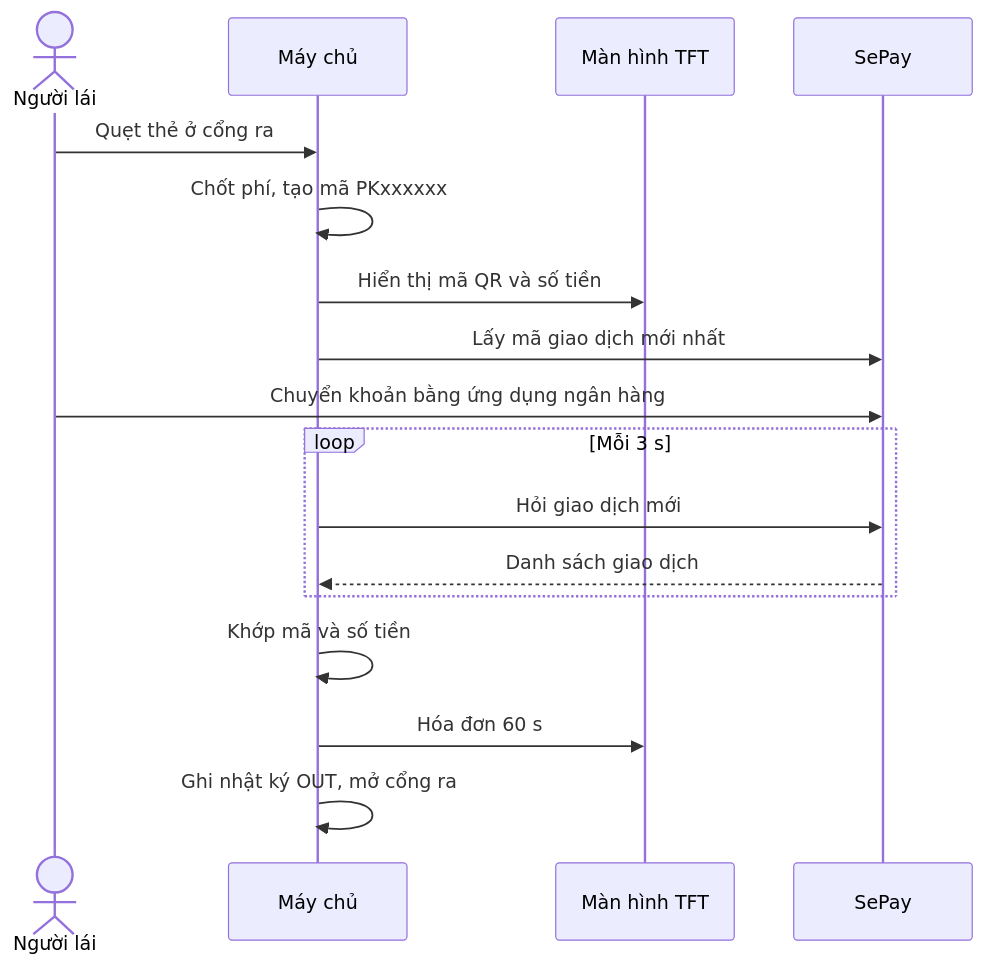
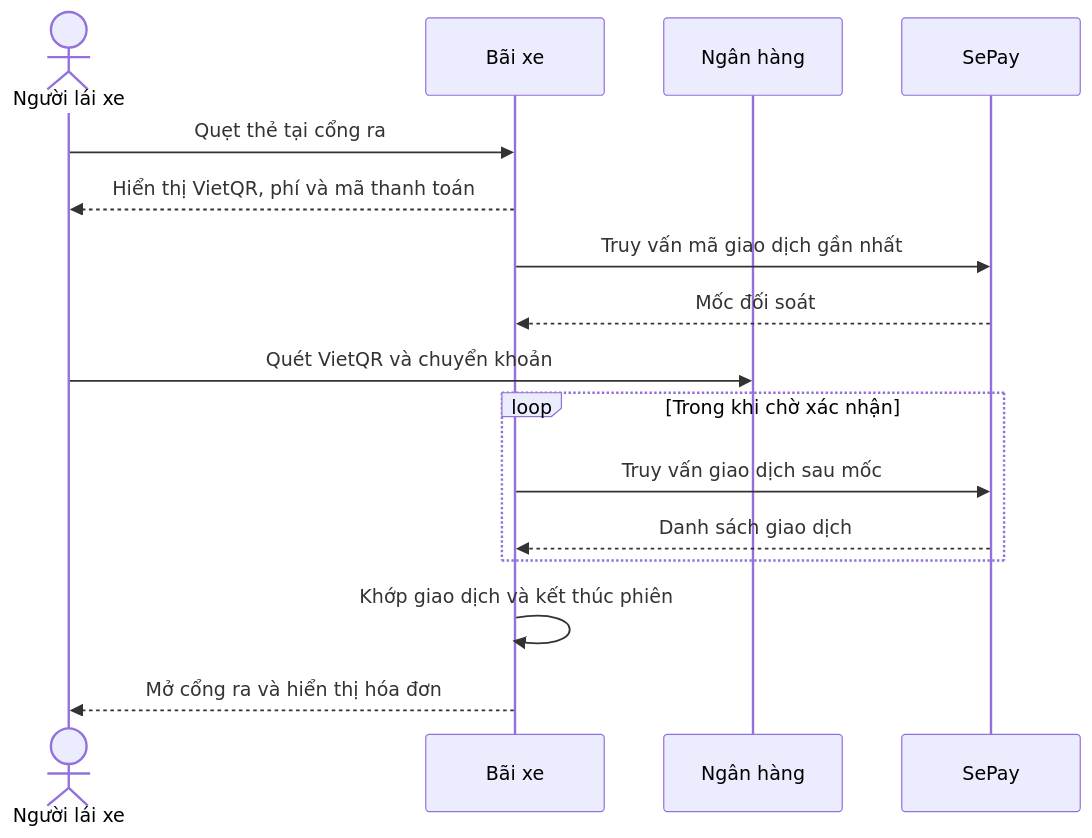
One commit to thinhdinh25/INT3108_embedded-Smart-Parking-Project changed the diagram in report/diagrams/seq_pay.mmd. Above: the diagram before and after it, drawn with Mermaid. The commit also changed 17 other files, not shown here.

```diff
--- a/report/diagrams/seq_pay.mmd
+++ b/report/diagrams/seq_pay.mmd
@@ -1,17 +1,16 @@
 sequenceDiagram
-  actor U as Người lái
-  participant S as Máy chủ
-  participant L as Màn hình TFT
+  actor U as Người lái xe
+  participant S as Bãi xe
+  participant N as Ngân hàng
   participant A as SePay
-  U->>S: Quẹt thẻ ở cổng ra
-  S->>S: Chốt phí, tạo mã PKxxxxxx
-  S->>L: Hiển thị mã QR và số tiền
-  S->>A: Lấy mã giao dịch mới nhất
-  U->>A: Chuyển khoản bằng ứng dụng ngân hàng
-  loop Mỗi 3 s
-    S->>A: Hỏi giao dịch mới
+  U->>S: Quẹt thẻ tại cổng ra
+  S-->>U: Hiển thị VietQR, phí và mã thanh toán
+  S->>A: Truy vấn mã giao dịch gần nhất
+  A-->>S: Mốc đối soát
+  U->>N: Quét VietQR và chuyển khoản
+  loop Trong khi chờ xác nhận
+    S->>A: Truy vấn giao dịch sau mốc
     A-->>S: Danh sách giao dịch
   end
-  S->>S: Khớp mã và số tiền
-  S->>L: Hóa đơn 60 s
-  S->>S: Ghi nhật ký OUT, mở cổng ra
+  S->>S: Khớp giao dịch và kết thúc phiên
+  S-->>U: Mở cổng ra và hiển thị hóa đơn
```
